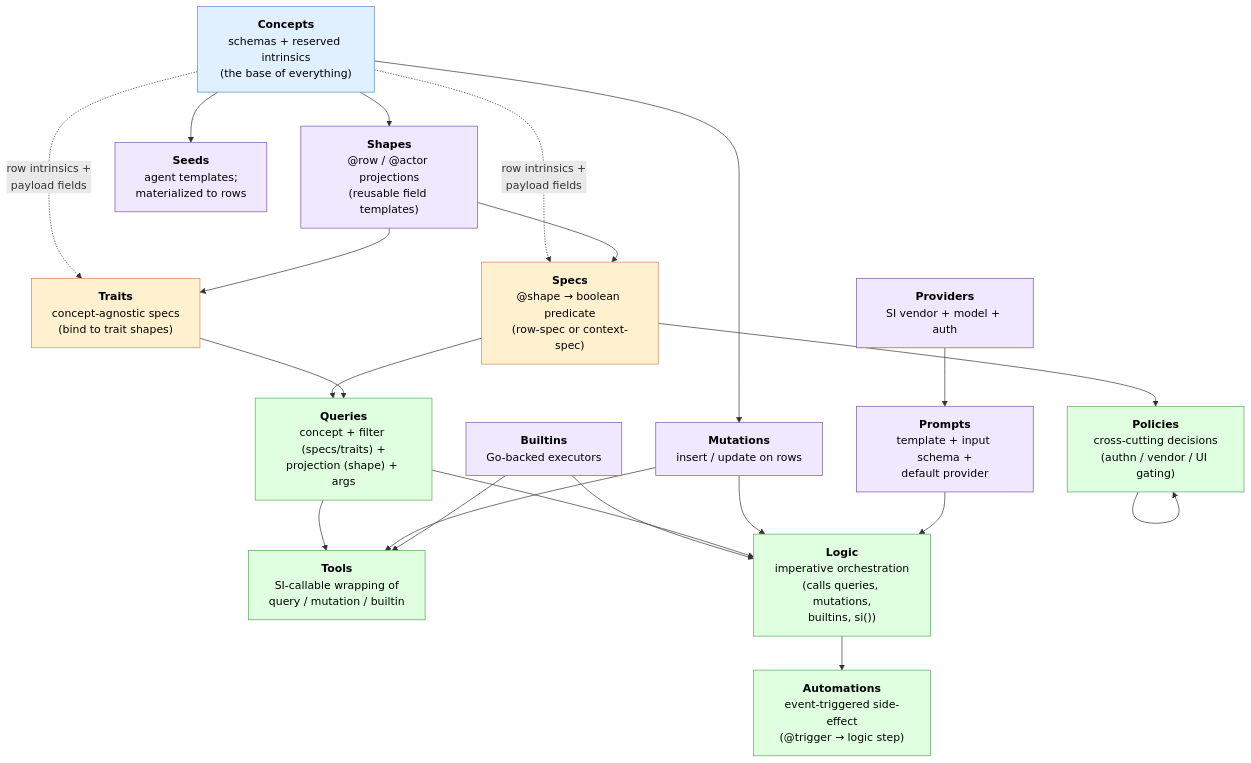
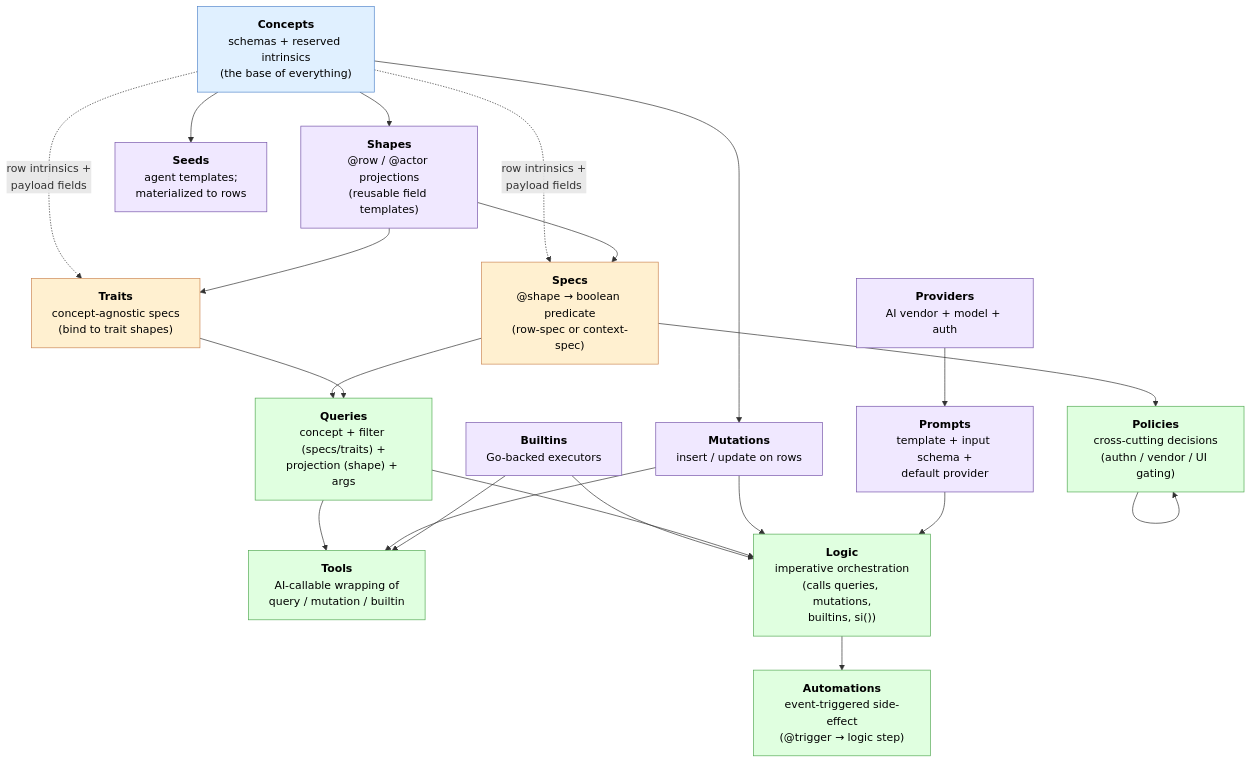
The second of 6 diagrams in docs/internal/planning/dsl-engine-mvp-foundation.md (znasllc-io/memql), drawn with Mermaid before and after one commit. The commit also changed other lines of this file and 189 other files, not shown here.

````diff
--- a/docs/internal/planning/dsl-engine-mvp-foundation.md
+++ b/docs/internal/planning/dsl-engine-mvp-foundation.md
@@ -102,51 +102,51 @@
 ```mermaid
 flowchart TB
   concepts["<b>Concepts</b><br/>schemas + reserved intrinsics<br/>(the base of everything)"]
 
   shapes["<b>Shapes</b><br/>@row / @actor projections<br/>(reusable field templates)"]
   mutations["<b>Mutations</b><br/>insert / update on rows"]
   builtins["<b>Builtins</b><br/>Go-backed executors"]
-  providers["<b>Providers</b><br/>SI vendor + model + auth"]
+  providers["<b>Providers</b><br/>AI vendor + model + auth"]
   seeds["<b>Seeds</b><br/>agent templates;<br/>materialized to rows"]
 
   specs["<b>Specs</b><br/>@shape → boolean predicate<br/>(row-spec or context-spec)"]
   traits["<b>Traits</b><br/>concept-agnostic specs<br/>(bind to trait shapes)"]
   prompts["<b>Prompts</b><br/>template + input schema +<br/>default provider"]
 
   queries["<b>Queries</b><br/>concept + filter (specs/traits) +<br/>projection (shape) + args"]
 
-  tools["<b>Tools</b><br/>SI-callable wrapping of<br/>query / mutation / builtin"]
+  tools["<b>Tools</b><br/>AI-callable wrapping of<br/>query / mutation / builtin"]
   logic["<b>Logic</b><br/>imperative orchestration<br/>(calls queries, mutations,<br/>builtins, si())"]
   automations["<b>Automations</b><br/>event-triggered side-effect<br/>(@trigger → logic step)"]
   policies["<b>Policies</b><br/>cross-cutting decisions<br/>(authn / vendor / UI gating)"]
 
   concepts --> shapes
   concepts --> mutations
   concepts --> seeds
   concepts -.->|"row intrinsics +<br/>payload fields"| specs
   concepts -.->|"row intrinsics +<br/>payload fields"| traits
   shapes --> specs
   shapes --> traits
   specs --> queries
   traits --> queries
   builtins --> logic
   providers --> prompts
   queries --> logic
   mutations --> logic
   prompts --> logic
   queries --> tools
   mutations --> tools
   builtins --> tools
   logic --> automations
   specs --> policies
   policies --> policies
 
   classDef base fill:#e0f0ff,stroke:#5588cc,color:#000;
   classDef proj fill:#f0e8ff,stroke:#7755aa,color:#000;
   classDef pred fill:#fff0d0,stroke:#cc8855,color:#000;
   classDef exec fill:#e0ffe0,stroke:#55aa55,color:#000;
   class concepts base;
   class shapes,mutations,builtins,providers,seeds,prompts proj;
   class specs,traits pred;
   class queries,tools,logic,automations,policies exec;
 ```
````
